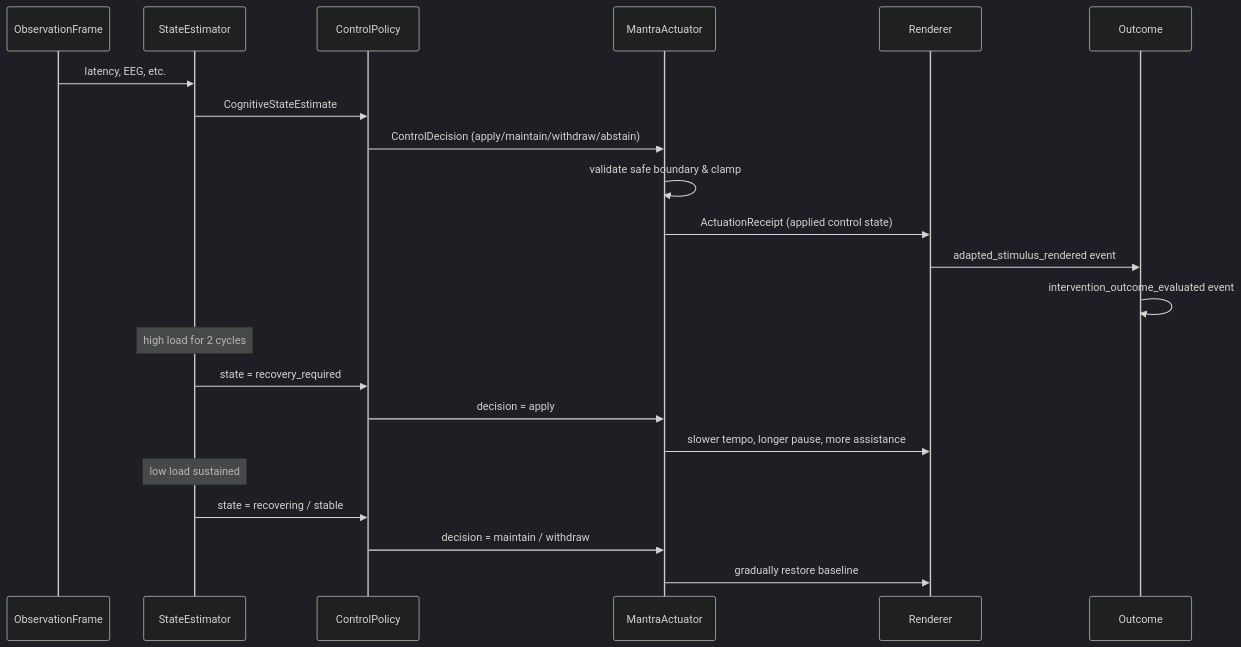
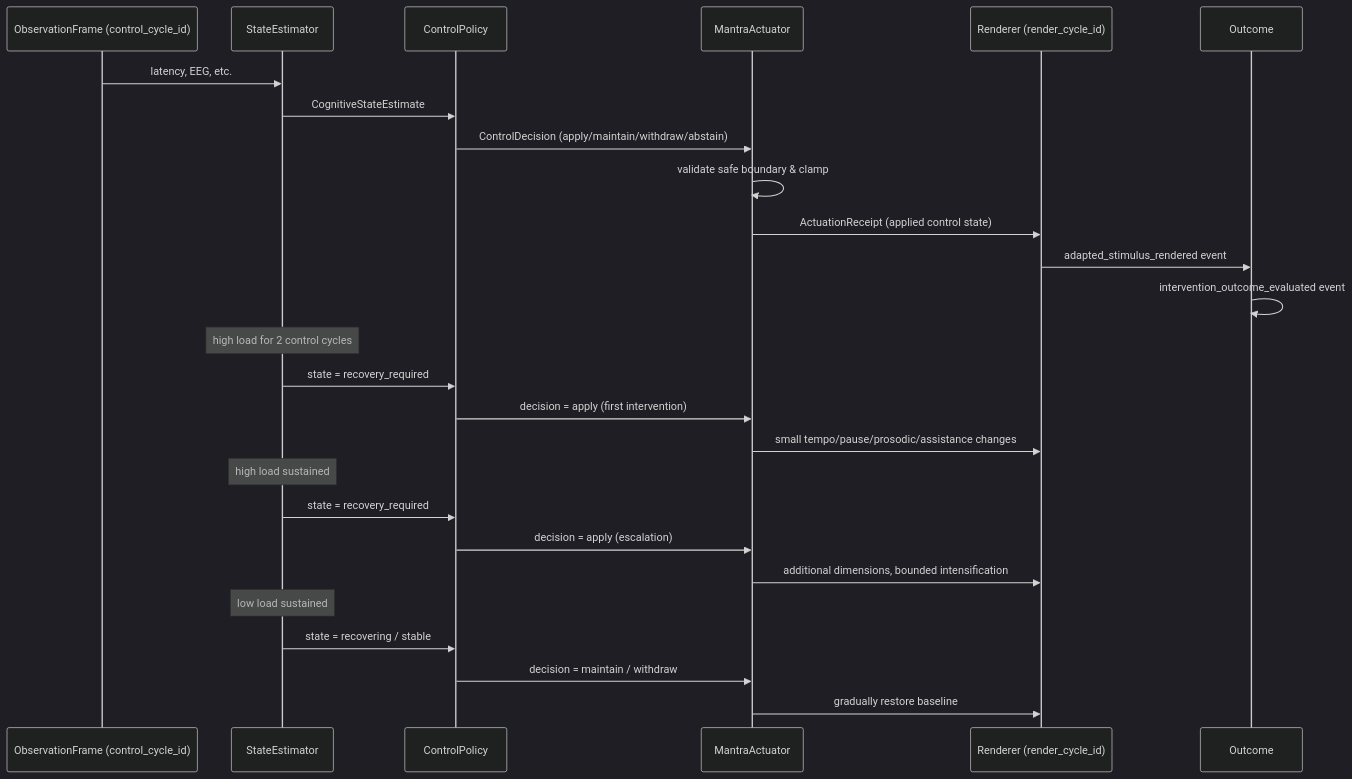
The diagram in docs/architecture/CLM_01_CLOSED_LOOP_MANTRA_CONTROL.md (idonokurasani/MindTune-Lab), drawn with Mermaid (dark theme) before and after one commit. The commit also changed other lines of this file and 11 other files, not shown here.

````diff
--- a/docs/architecture/CLM_01_CLOSED_LOOP_MANTRA_CONTROL.md
+++ b/docs/architecture/CLM_01_CLOSED_LOOP_MANTRA_CONTROL.md
@@ -97,27 +148,32 @@
 ```mermaid
 sequenceDiagram
-    participant Obs as ObservationFrame
+    participant Obs as ObservationFrame (control_cycle_id)
     participant Est as StateEstimator
     participant Pol as ControlPolicy
     participant Act as MantraActuator
-    participant Ren as Renderer
+    participant Ren as Renderer (render_cycle_id)
     participant Out as Outcome
 
     Obs->>Est: latency, EEG, etc.
     Est->>Pol: CognitiveStateEstimate
     Pol->>Act: ControlDecision (apply/maintain/withdraw/abstain)
     Act->>Act: validate safe boundary & clamp
     Act->>Ren: ActuationReceipt (applied control state)
     Ren->>Out: adapted_stimulus_rendered event
     Out->>Out: intervention_outcome_evaluated event
 
-    Note over Est: high load for 2 cycles
+    Note over Est: high load for 2 control cycles
     Est->>Pol: state = recovery_required
-    Pol->>Act: decision = apply
-    Act->>Ren: slower tempo, longer pause, more assistance
+    Pol->>Act: decision = apply (first intervention)
+    Act->>Ren: small tempo/pause/prosodic/assistance changes
+
+    Note over Est: high load sustained
+    Est->>Pol: state = recovery_required
+    Pol->>Act: decision = apply (escalation)
+    Act->>Ren: additional dimensions, bounded intensification
 
     Note over Est: low load sustained
     Est->>Pol: state = recovering / stable
     Pol->>Act: decision = maintain / withdraw
     Act->>Ren: gradually restore baseline
 ```
````
